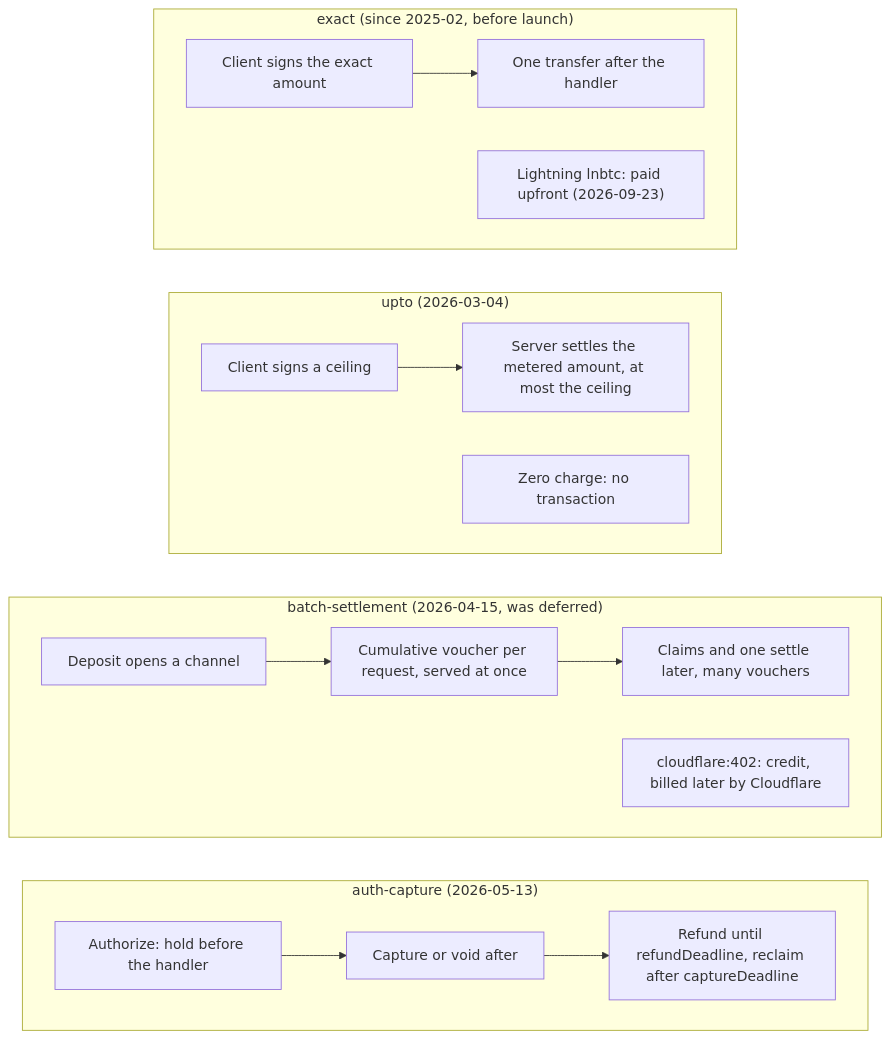
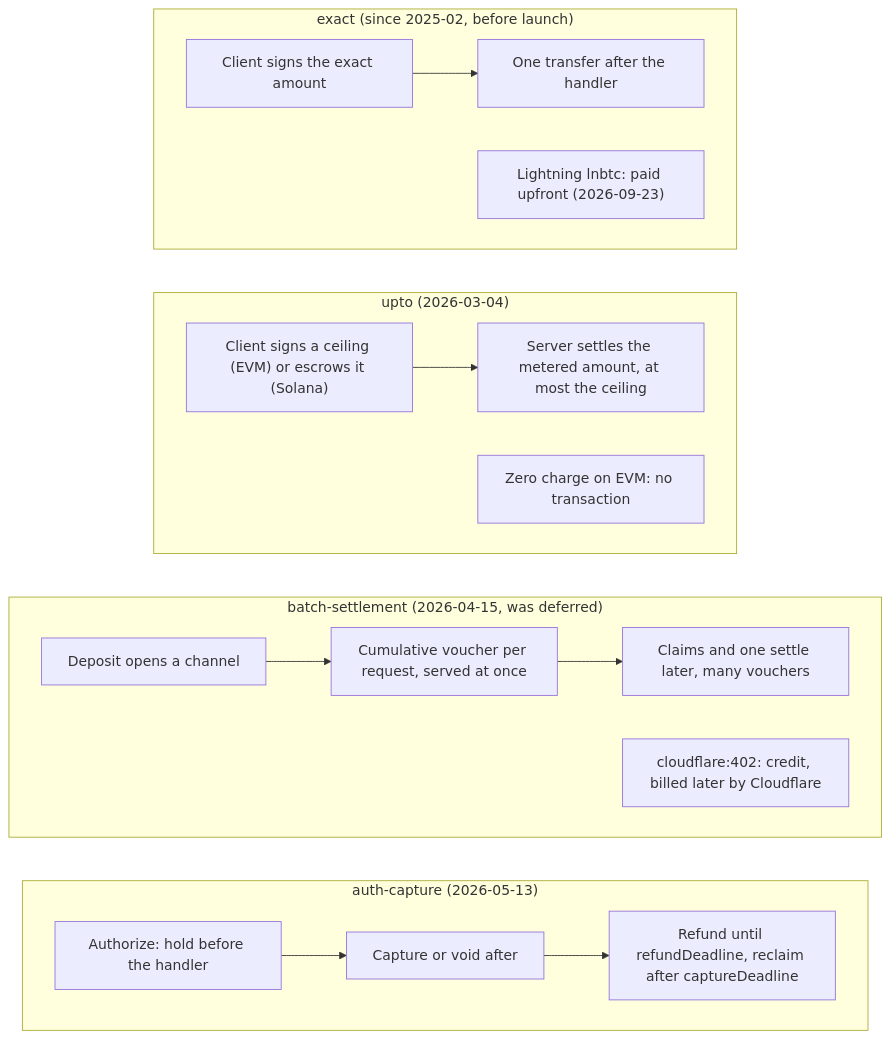
The diagram in src/content/diagrams/x402-scheme-family.mmd (mercesAI/agentic-rails-atlas), drawn with Mermaid before and after one commit. The commit also changed 114 other files, not shown here.

```diff
--- a/src/content/diagrams/x402-scheme-family.mmd
+++ b/src/content/diagrams/x402-scheme-family.mmd
@@ -1,17 +1,17 @@
 flowchart TB
   subgraph EX["exact (since 2025-02, before launch)"]
     ex1["Client signs the exact amount"] --> ex2["One transfer after the handler"]
     ex3["Lightning lnbtc: paid upfront (2026-09-23)"]
   end
   subgraph UT["upto (2026-03-04)"]
-    ut1["Client signs a ceiling"] --> ut2["Server settles the metered amount, at most the ceiling"]
-    ut3["Zero charge: no transaction"]
+    ut1["Client signs a ceiling (EVM) or escrows it (Solana)"] --> ut2["Server settles the metered amount, at most the ceiling"]
+    ut3["Zero charge on EVM: no transaction"]
   end
   subgraph BS["batch-settlement (2026-04-15, was deferred)"]
     bs1["Deposit opens a channel"] --> bs2["Cumulative voucher per request, served at once"] --> bs3["Claims and one settle later, many vouchers"]
     bs4["cloudflare:402: credit, billed later by Cloudflare"]
   end
   subgraph AC["auth-capture (2026-05-13)"]
     ac1["Authorize: hold before the handler"] --> ac2["Capture or void after"] --> ac3["Refund until refundDeadline, reclaim after captureDeadline"]
   end
   EX ~~~ UT ~~~ BS ~~~ AC
```
